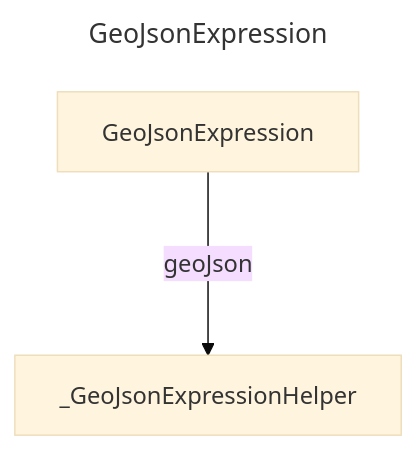
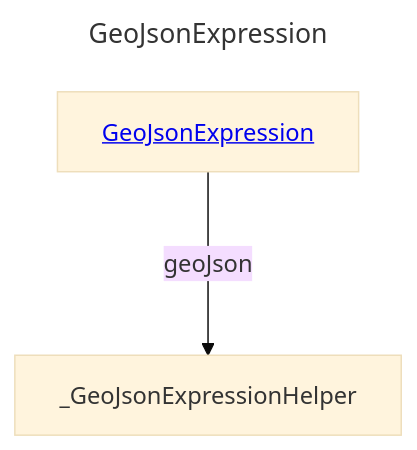
One commit to douglassimonsen/pbi_core changed the diagram in docs/docs/layout/erd/GeoJsonExpression.md. Above: the diagram before and after it, drawn with Mermaid (base theme). The commit also changed 76 other files, not shown here.

````diff
--- a/docs/docs/layout/erd/GeoJsonExpression.md
+++ b/docs/docs/layout/erd/GeoJsonExpression.md
@@ -1,9 +1,9 @@
 ```mermaid
 ---
 title: GeoJsonExpression
 ---
 graph 
-2430071913408["_GeoJsonExpressionHelper"]
-2430071918288["GeoJsonExpression"]
-2430071918288 --->|geoJson| 2430071913408
+GeoJsonExpression[<a href='/layout/erd/GeoJsonExpression'>GeoJsonExpression</a>]
+_GeoJsonExpressionHelper[_GeoJsonExpressionHelper]
+GeoJsonExpression --->|geoJson| _GeoJsonExpressionHelper
 ```
````
